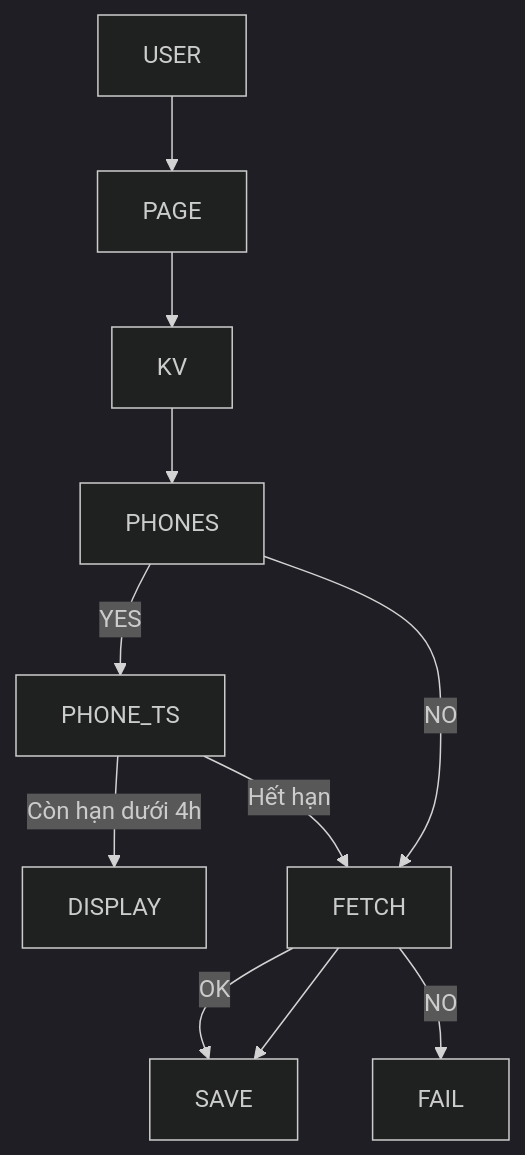
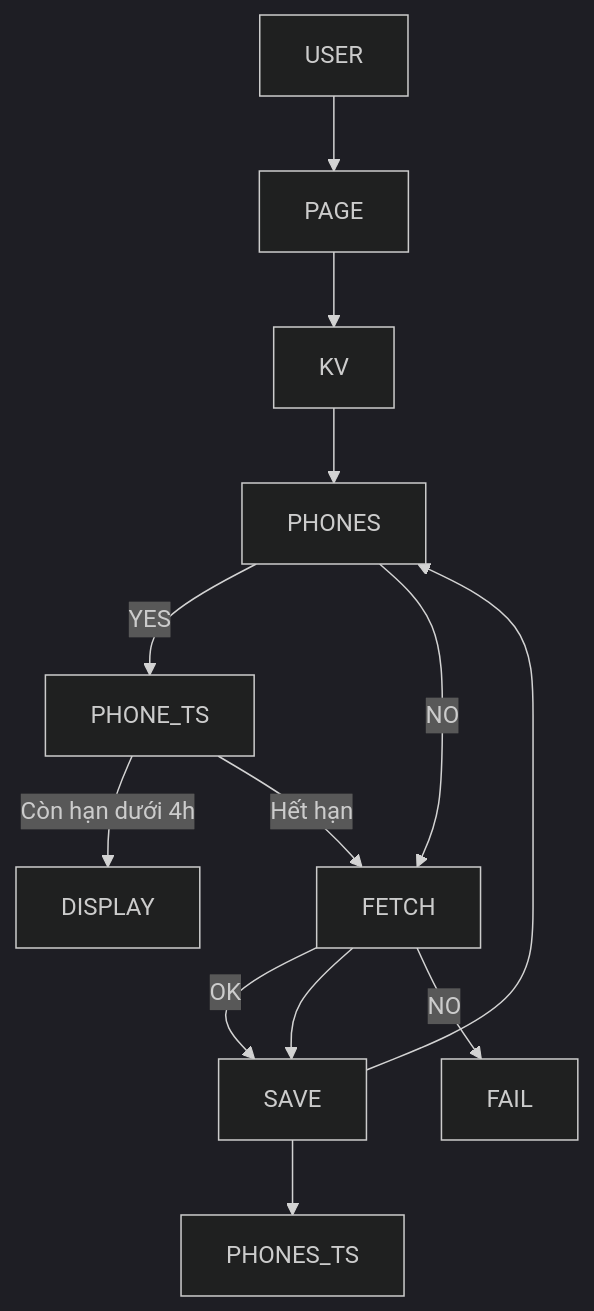
The diagram in README.md (rungkhoai/cf-worker-call-redirect-docs), drawn with Mermaid (dark theme) before and after one commit.

````diff
--- a/README.md
+++ b/README.md
@@ -3,11 +3,14 @@
 ```mermaid
 flowchart TD
 USER --> PAGE --> KV --> PHONES --> |YES| PHONE_TS --> |"Còn hạn dưới 4h"| DISPLAY
 
 PHONES -->|NO| FETCH --> |OK| SAVE
 
 PHONE_TS --> |"Hết hạn"| FETCH --> SAVE
 
 FETCH --> |NO| FAIL
 
+SAVE --> PHONES
+SAVE --> PHONES_TS
+
 ```
````
